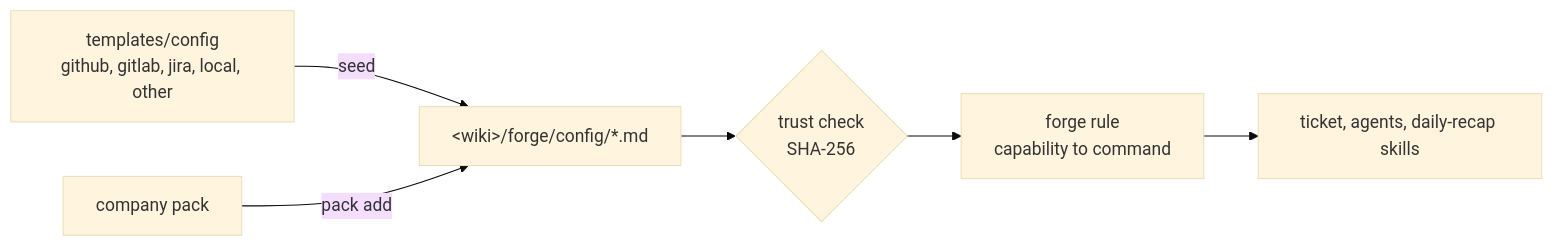
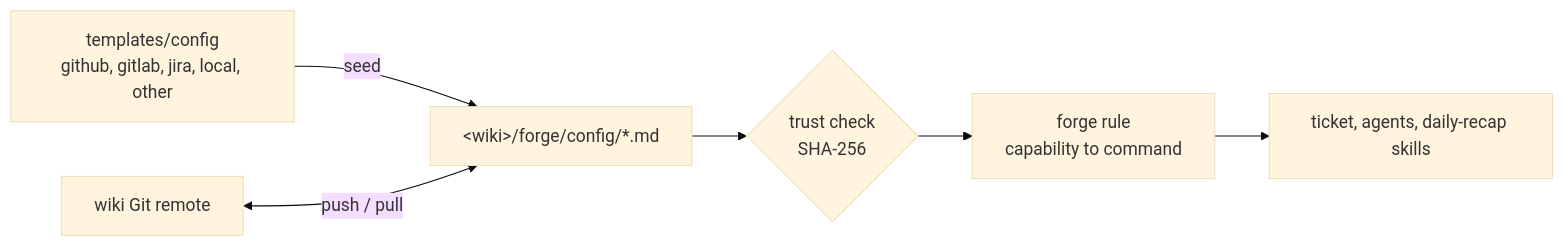
One commit to alexradunet/forge-engineering changed the diagram in docs/config.md. Above: the diagram before and after it, drawn with Mermaid (base theme). The commit also changed other lines of this file and 27 other files, not shown here.

````diff
--- a/docs/config.md
+++ b/docs/config.md
@@ -17,8 +17,8 @@
 ```mermaid
 flowchart LR
   tpl["templates/config<br/>github, gitlab, jira, local, other"] -- seed --> cfg["&lt;wiki&gt;/forge/config/*.md"]
-  pack["company pack"] -- pack add --> cfg
+  remote["wiki Git remote"] <-->|push / pull| cfg
   cfg --> trust{"trust check<br/>SHA-256"}
   trust --> rule["forge rule<br/>capability to command"]
   rule --> skills["ticket, agents, daily-recap skills"]
 ```
````
